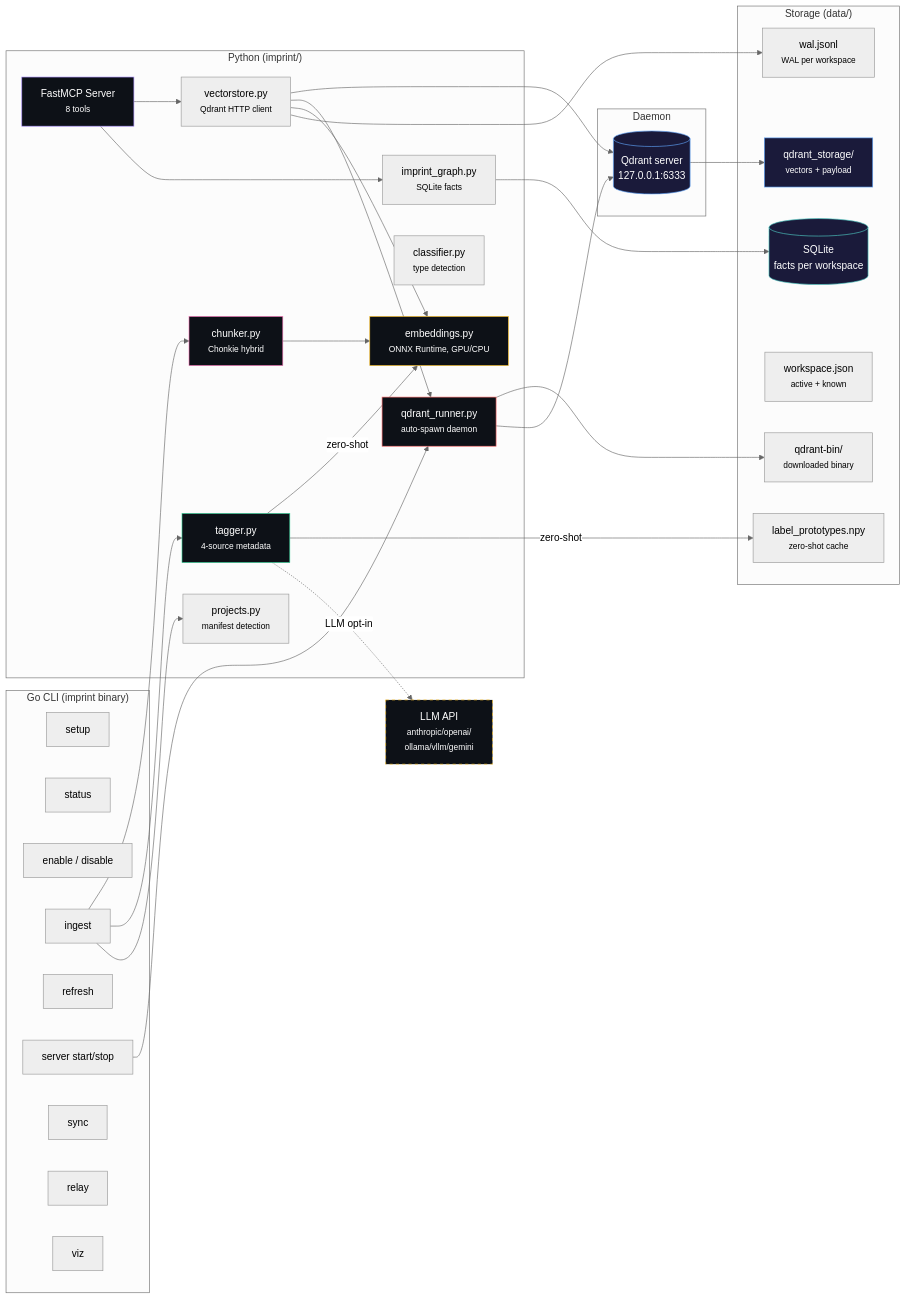
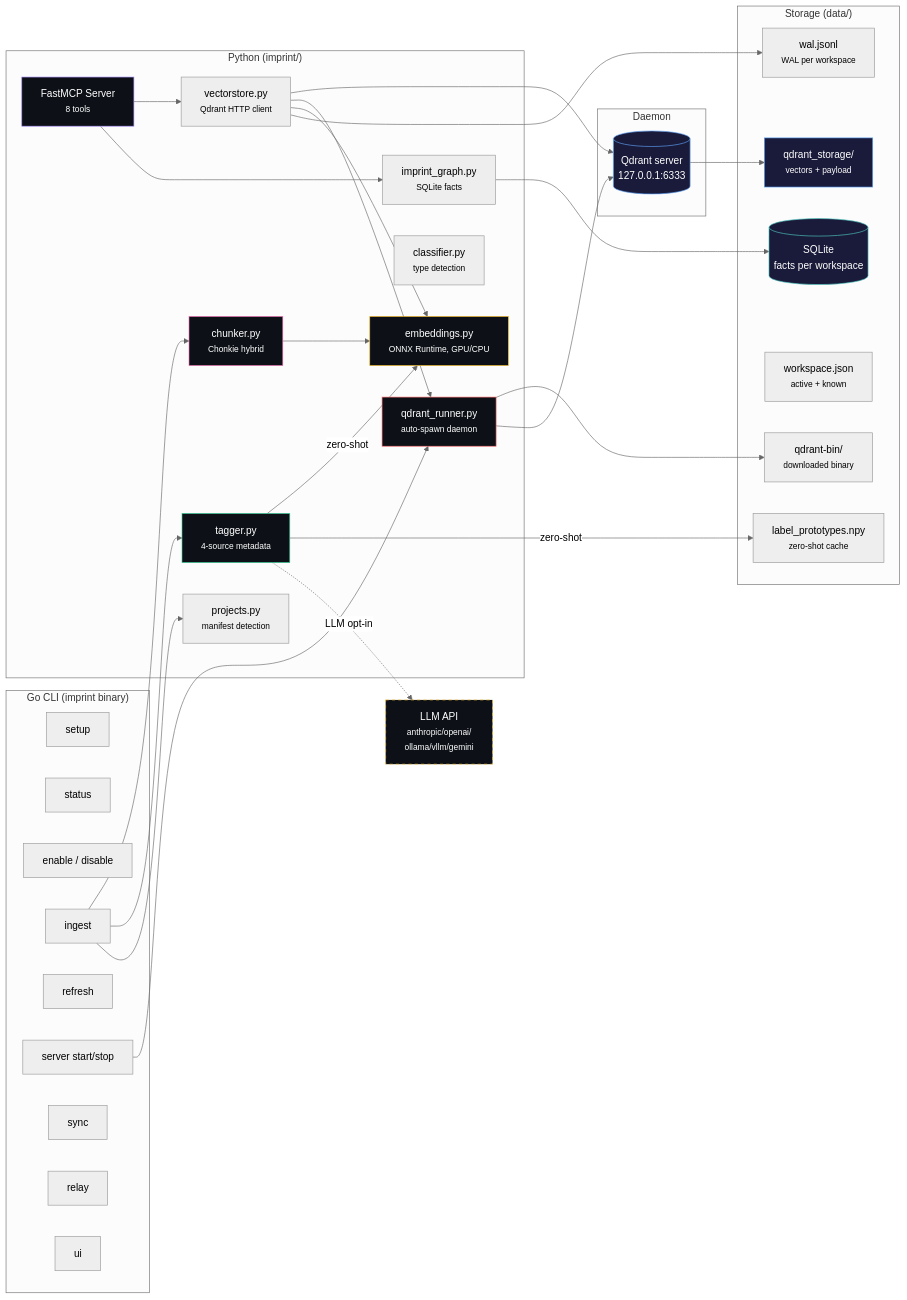
Before and after one commit to alexandruleca/imprint-memory-layer: the first of 3 diagrams in docs/architecture.md, drawn with Mermaid (neutral theme). The commit also changed other lines of this file and 9 other files, not shown here.

````diff
--- a/docs/architecture.md
+++ b/docs/architecture.md
@@ -5,64 +5,64 @@
 ```mermaid
 graph LR
     subgraph "Go CLI (imprint binary)"
         SETUP[setup]
         STATUS[status]
         ENABLE[enable / disable]
         INGEST[ingest]
         REFRESH[refresh]
         SERVER[server start/stop]
         SYNC[sync]
         RELAY[relay]
-        VIZ[viz]
+        UI[ui]
     end
 
     subgraph "Python (imprint/)"
         MCP[FastMCP Server<br/><small>8 tools</small>]
         VS[vectorstore.py<br/><small>Qdrant HTTP client</small>]
         QR[qdrant_runner.py<br/><small>auto-spawn daemon</small>]
         EMB[embeddings.py<br/><small>ONNX Runtime, GPU/CPU</small>]
         KG[imprint_graph.py<br/><small>SQLite facts</small>]
         CHK[chunker.py<br/><small>Chonkie hybrid</small>]
         TAG[tagger.py<br/><small>4-source metadata</small>]
         CLS[classifier.py<br/><small>type detection</small>]
         PRJ[projects.py<br/><small>manifest detection</small>]
     end
 
     subgraph "Daemon"
         QSRV[(Qdrant server<br/>127.0.0.1:6333)]
     end
 
     subgraph "Storage (data/)"
         QSTORE[qdrant_storage/<br/><small>vectors + payload</small>]
         SQLITE[(SQLite<br/>facts per workspace)]
         WAL[wal.jsonl<br/><small>WAL per workspace</small>]
         WSCFG[workspace.json<br/><small>active + known</small>]
         PROTO[label_prototypes.npy<br/><small>zero-shot cache</small>]
         QBIN[qdrant-bin/<br/><small>downloaded binary</small>]
     end
 
     MCP --> VS --> QSRV --> QSTORE
     MCP --> KG --> SQLITE
     VS --> QR
     QR --> QBIN
     QR --> QSRV
     VS --> EMB
     VS --> WAL
     INGEST --> CHK --> EMB
     INGEST --> TAG
     TAG --zero-shot--> EMB
     TAG --zero-shot--> PROTO
     TAG -.LLM opt-in.-> LLM_API[LLM API<br/><small>anthropic/openai/<br/>ollama/vllm/gemini</small>]
     INGEST --> PRJ
     SERVER --> QR
 
     style QSRV fill:#1a1a3a,stroke:#60a5fa,color:#fff
     style QSTORE fill:#1a1a3a,stroke:#60a5fa,color:#fff
     style SQLITE fill:#1a1a3a,stroke:#4ecdc4,color:#fff
     style MCP fill:#0d1117,stroke:#a78bfa,color:#fff
     style EMB fill:#0d1117,stroke:#fbbf24,color:#fff
     style CHK fill:#0d1117,stroke:#f472b6,color:#fff
     style TAG fill:#0d1117,stroke:#34d399,color:#fff
     style QR fill:#0d1117,stroke:#ff6b6b,color:#fff
     style LLM_API fill:#0d1117,stroke:#fbbf24,color:#fff,stroke-dasharray: 5 5
 ```
````
